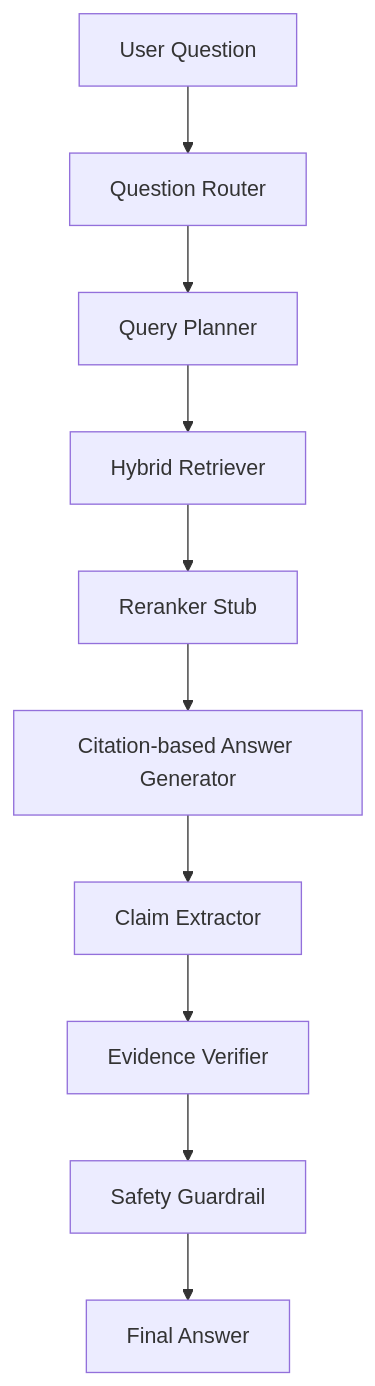
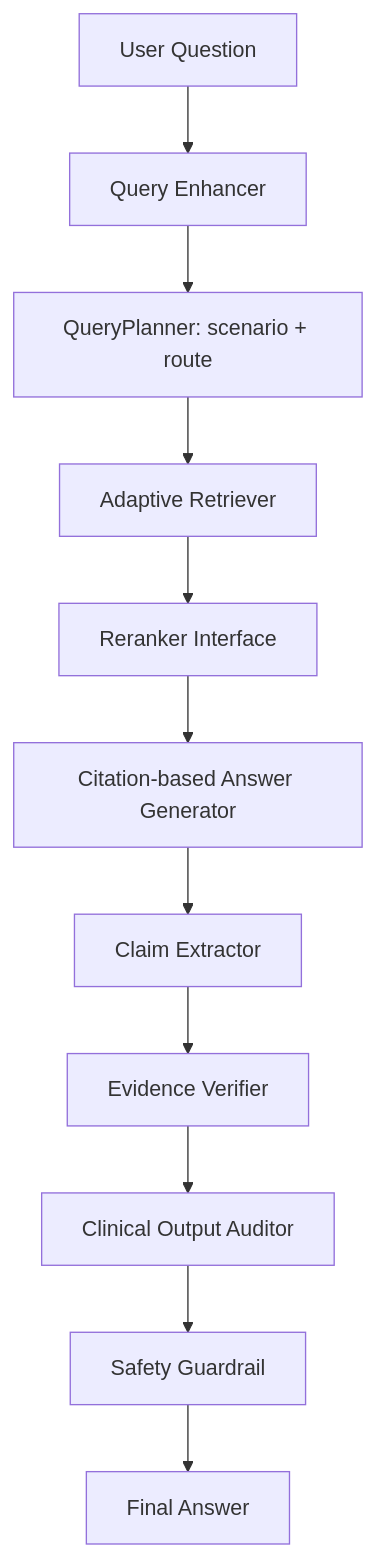
One commit to LeoVeeeee/ClinicalClaw changed the first of 2 diagrams in README.md. Above: the diagram before and after it, drawn with Mermaid. The commit also changed other lines of this file and 86 other files, not shown here.

````diff
--- a/README.md
+++ b/README.md
@@ -13,12 +26,13 @@
 ```mermaid
 flowchart TD
-    A["User Question"] --> B["Question Router"]
-    B --> C["Query Planner"]
-    C --> D["Hybrid Retriever"]
-    D --> E["Reranker Stub"]
+    A["User Question"] --> B["Query Enhancer"]
+    B --> C["QueryPlanner: scenario + route"]
+    C --> D["Adaptive Retriever"]
+    D --> E["Reranker Interface"]
     E --> F["Citation-based Answer Generator"]
     F --> G["Claim Extractor"]
     G --> H["Evidence Verifier"]
-    H --> I["Safety Guardrail"]
-    I --> J["Final Answer"]
+    H --> I["Clinical Output Auditor"]
+    I --> J["Safety Guardrail"]
+    J --> K["Final Answer"]
 ```
````
